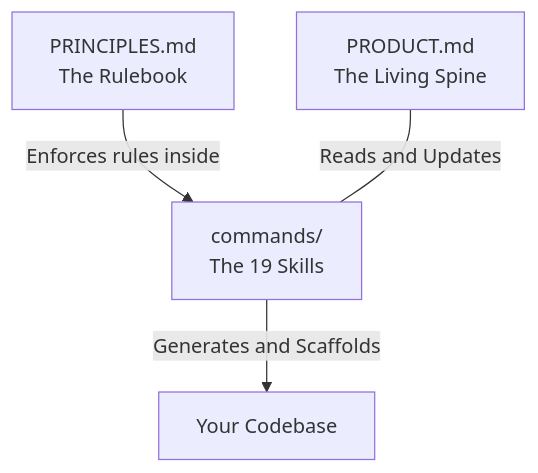
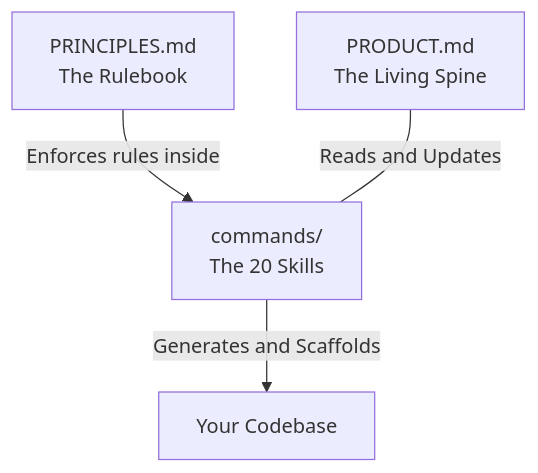
The diagram in docs/diagrams/architecture.mmd (kish21/product-playbook), drawn with Mermaid before and after one commit. The commit also changed 16 other files, not shown here.

```diff
--- a/docs/diagrams/architecture.mmd
+++ b/docs/diagrams/architecture.mmd
@@ -1,4 +1,4 @@
 flowchart TD
-    A["PRINCIPLES.md<br/>The Rulebook"] -->|Enforces rules inside| C["commands/<br/>The 19 Skills"]
+    A["PRINCIPLES.md<br/>The Rulebook"] -->|Enforces rules inside| C["commands/<br/>The 20 Skills"]
     B["PRODUCT.md<br/>The Living Spine"] -- Reads and Updates --- C
     C -->|Generates and Scaffolds| D["Your Codebase"]
```
